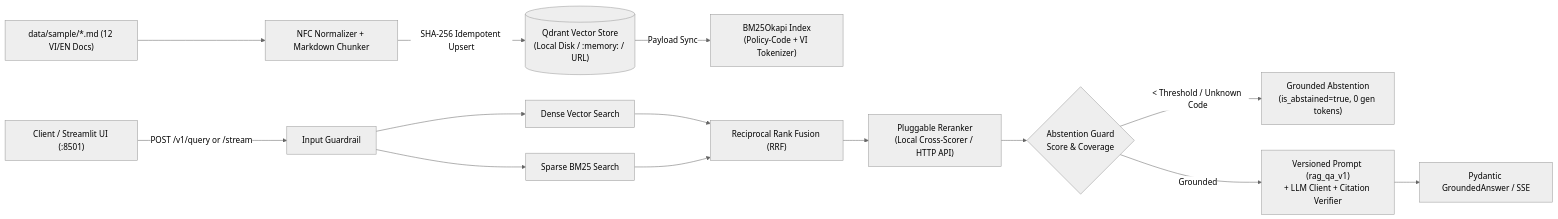
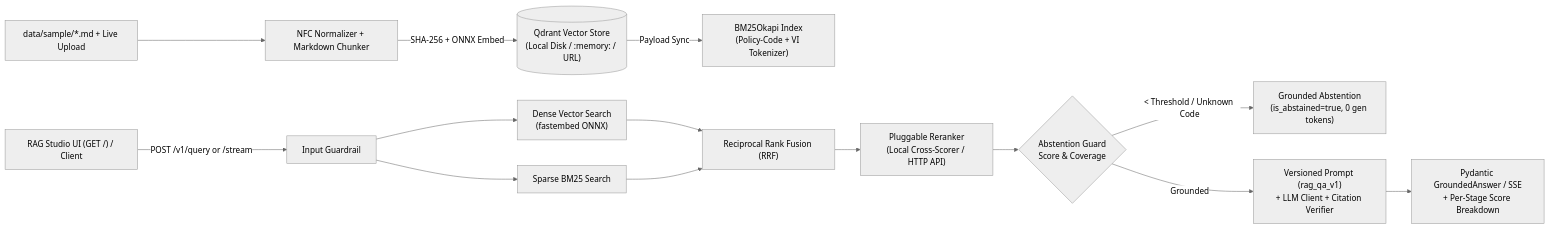
Before and after one commit to bachiep/policylens-rag: the diagram in README.md, drawn with Mermaid (neutral theme). The commit also changed other lines of this file and 24 other files, not shown here.

Commit message:
feat(v2): add fastembed ONNX embeddings, RAG Studio UI, upload/eval APIs, and Colab T4 notebook (#18)

````diff
--- a/README.md
+++ b/README.md
@@ -27,17 +28,17 @@
 ```mermaid
 flowchart LR
-    Docs["data/sample/*.md (12 VI/EN Docs)"] --> Ingest["NFC Normalizer + Markdown Chunker"]
-    Ingest -->|"SHA-256 Idempotent Upsert"| Qdrant[("Qdrant Vector Store\n(Local Disk / :memory: / URL)")]
+    Docs["data/sample/*.md + Live Upload"] --> Ingest["NFC Normalizer + Markdown Chunker"]
+    Ingest -->|"SHA-256 + ONNX Embed"| Qdrant[("Qdrant Vector Store\n(Local Disk / :memory: / URL)")]
     Qdrant -->|"Payload Sync"| BM25["BM25Okapi Index\n(Policy-Code + VI Tokenizer)"]
 
-    Client["Client / Streamlit UI (:8501)"] -->|"POST /v1/query or /stream"| GuardIn["Input Guardrail"]
-    GuardIn --> Dense["Dense Vector Search"]
+    Client["RAG Studio UI (GET /) / Client"] -->|"POST /v1/query or /stream"| GuardIn["Input Guardrail"]
+    GuardIn --> Dense["Dense Vector Search\n(fastembed ONNX)"]
     GuardIn --> Sparse["Sparse BM25 Search"]
     Dense --> RRF["Reciprocal Rank Fusion (RRF)"]
     Sparse --> RRF
     RRF --> Rerank["Pluggable Reranker\n(Local Cross-Scorer / HTTP API)"]
     Rerank --> Abstain{"Abstention Guard\nScore & Coverage"}
     Abstain -->|"< Threshold / Unknown Code"| Refuse["Grounded Abstention\n(is_abstained=true, 0 gen tokens)"]
     Abstain -->|"Grounded"| LLM["Versioned Prompt (rag_qa_v1)\n+ LLM Client + Citation Verifier"]
-    LLM --> Out["Pydantic GroundedAnswer / SSE"]
+    LLM --> Out["Pydantic GroundedAnswer / SSE\n+ Per-Stage Score Breakdown"]
 ```
````
